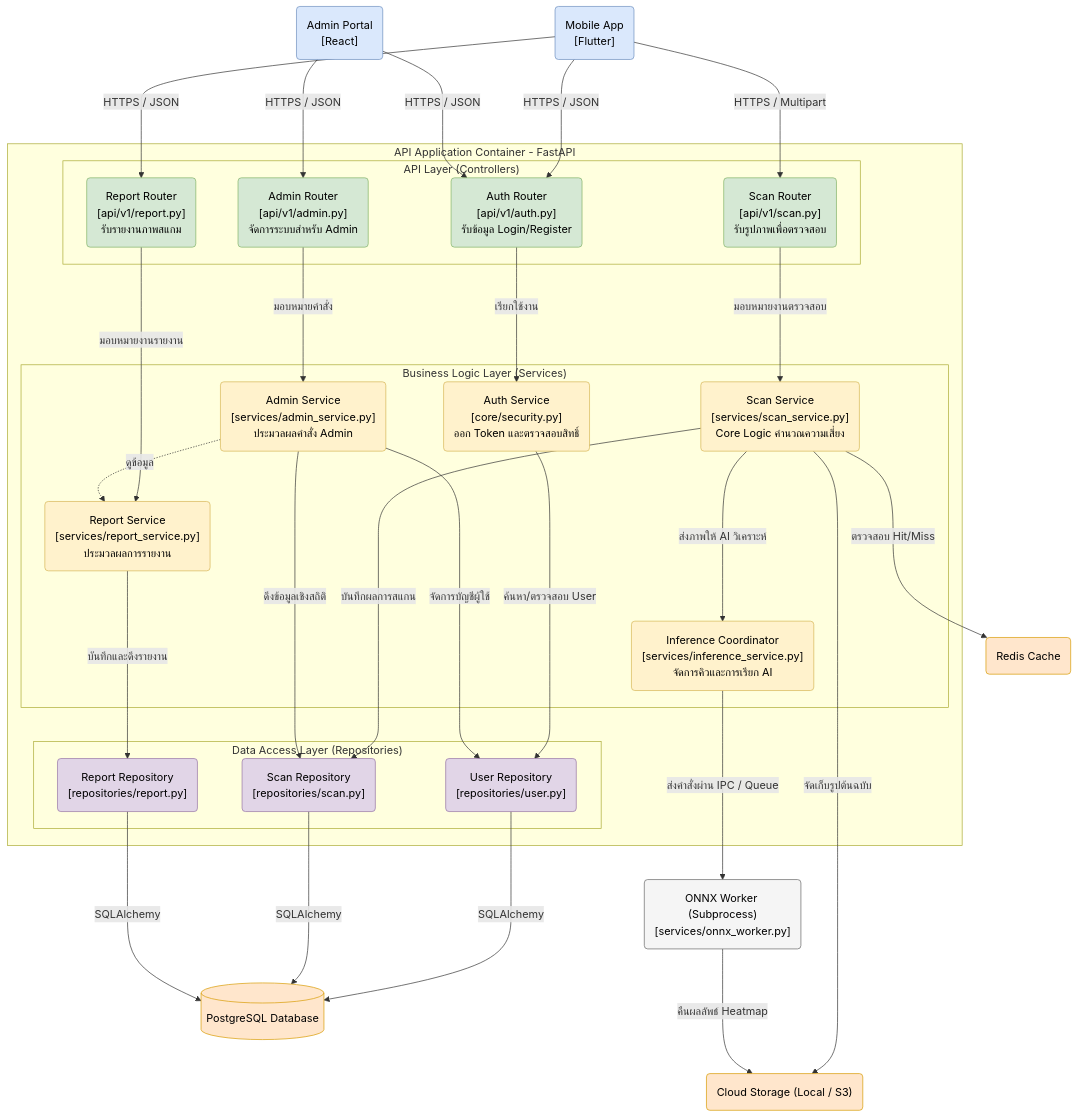
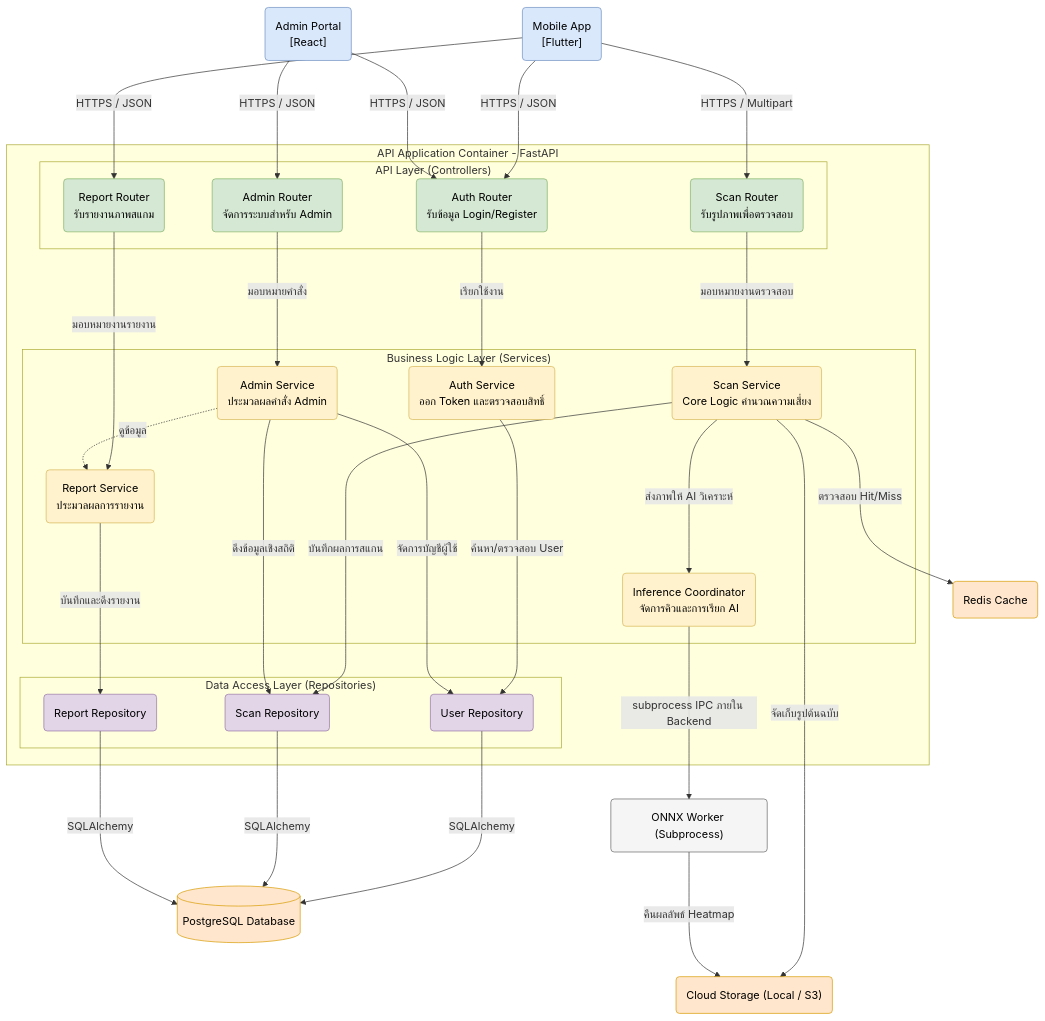
The diagram in wiki/architecture/c3-component-diagram.md (Panuwat-ta/project), drawn with Mermaid before and after one commit. The commit also changed other lines of this file and 83 other files, not shown here.

```diff
--- a/wiki/architecture/c3-component-diagram.md
+++ b/wiki/architecture/c3-component-diagram.md
@@ -27,26 +27,26 @@
         
         %% API Layer
         subgraph APILayer ["API Layer (Controllers)"]
-            AuthRouter("Auth Router<br>[api/v1/auth.py]<br>รับข้อมูล Login/Register")
-            AdminRouter("Admin Router<br>[api/v1/admin.py]<br>จัดการระบบสำหรับ Admin")
-            ScanRouter("Scan Router<br>[api/v1/scan.py]<br>รับรูปภาพเพื่อตรวจสอบ")
-            ReportRouter("Report Router<br>[api/v1/report.py]<br>รับรายงานภาพสแกม")
+            AuthRouter("Auth Router<br>รับข้อมูล Login/Register")
+            AdminRouter("Admin Router<br>จัดการระบบสำหรับ Admin")
+            ScanRouter("Scan Router<br>รับรูปภาพเพื่อตรวจสอบ")
+            ReportRouter("Report Router<br>รับรายงานภาพสแกม")
         end
 
         %% Business Logic Layer
         subgraph ServiceLayer ["Business Logic Layer (Services)"]
-            AuthService("Auth Service<br>[core/security.py]<br>ออก Token และตรวจสอบสิทธิ์")
-            AdminService("Admin Service<br>[services/admin_service.py]<br>ประมวลผลคำสั่ง Admin")
-            ScanService("Scan Service<br>[services/scan_service.py]<br>Core Logic คำนวณความเสี่ยง")
-            InferenceClient("Inference Coordinator<br>[services/inference_service.py]<br>จัดการคิวและการเรียก AI")
-            ReportService("Report Service<br>[services/report_service.py]<br>ประมวลผลการรายงาน")
+            AuthService("Auth Service<br>ออก Token และตรวจสอบสิทธิ์")
+            AdminService("Admin Service<br>ประมวลผลคำสั่ง Admin")
+            ScanService("Scan Service<br>Core Logic คำนวณความเสี่ยง")
+            InferenceClient("Inference Coordinator<br>จัดการคิวและการเรียก AI")
+            ReportService("Report Service<br>ประมวลผลการรายงาน")
         end
 
         %% Data Access Layer
         subgraph RepoLayer ["Data Access Layer (Repositories)"]
-            UserRepo("User Repository<br>[repositories/user.py]")
-            ScanRepo("Scan Repository<br>[repositories/scan.py]")
-            ReportRepo("Report Repository<br>[repositories/report.py]")
+            UserRepo("User Repository")
+            ScanRepo("Scan Repository")
+            ReportRepo("Report Repository")
         end
     end
 
@@ -54,7 +54,7 @@
     Cache("Redis Cache")
     MainDB[("PostgreSQL Database")]
     ObjectStore("Cloud Storage (Local / S3)")
-    AIWorker("ONNX Worker (Subprocess)<br>[services/onnx_worker.py]")
+    AIWorker("ONNX Worker (Subprocess)")
 
     %% Relationships - External to API
     MobileApp --->|HTTPS / JSON| AuthRouter
@@ -76,7 +76,7 @@
     %% Services to External/Cache
     ScanService --->|ตรวจสอบ Hit/Miss| Cache
     ScanService --->|จัดเก็บรูปต้นฉบับ| ObjectStore
-    InferenceClient --->|ส่งคำสั่งผ่าน IPC / Queue| AIWorker
+    InferenceClient --->|subprocess IPC ภายใน Backend| AIWorker
     AIWorker --->|คืนผลลัพธ์ Heatmap| ObjectStore
 
     %% Services to Repositories
```
